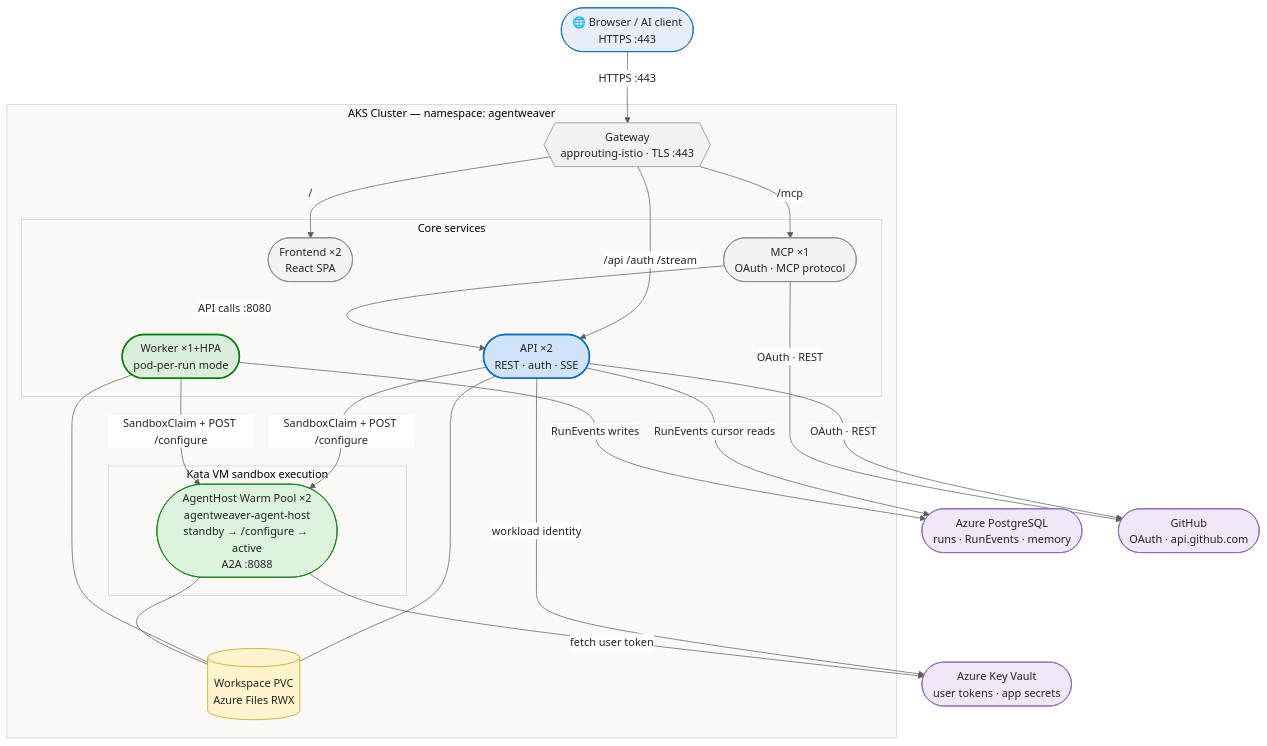
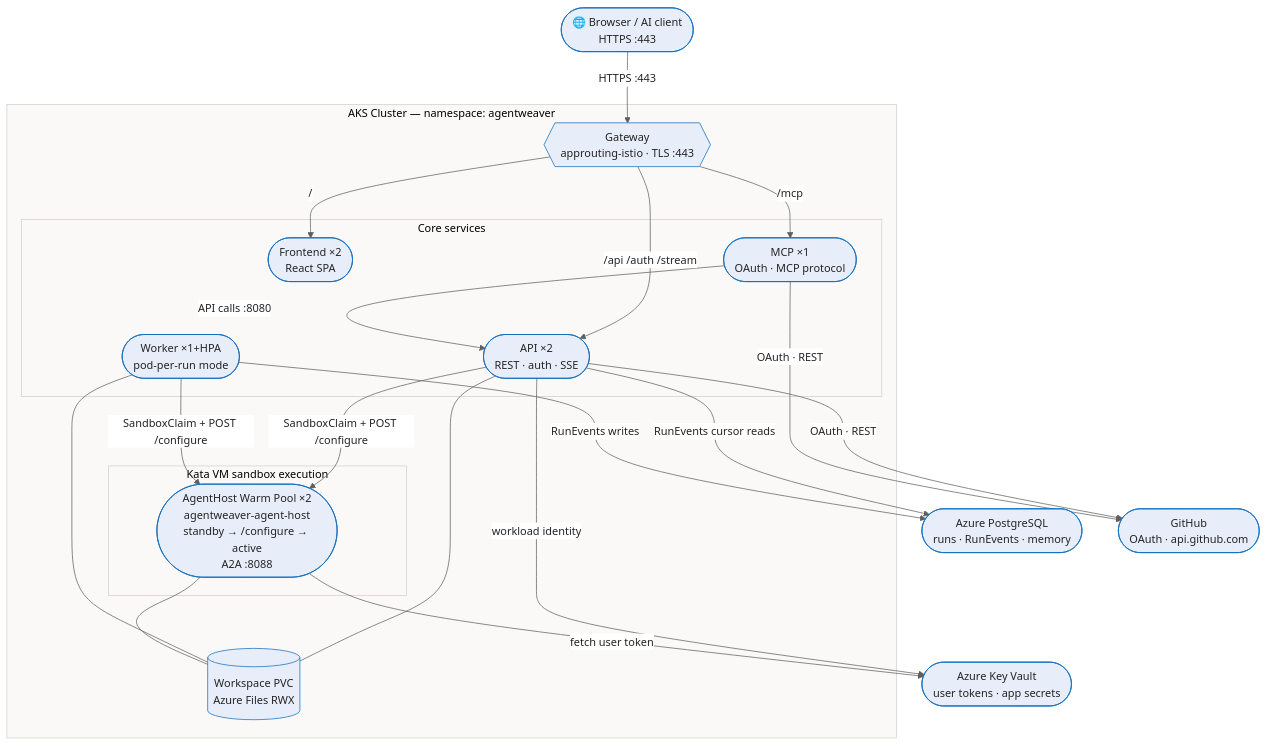
Before and after one commit to sabbour/agentweaver: the diagram in README.md, drawn with Mermaid. The commit also changed other lines of this file and 3 other files, not shown here.

First line of the commit message:
docs: fix nav sidebar, remove AX TODO stub, fix README diagrams

````diff
--- a/README.md
+++ b/README.md
@@ -173,54 +123,41 @@
 ```mermaid
 %%{init: {'theme':'base','themeVariables':{'fontFamily':'Segoe UI, system-ui, -apple-system, sans-serif','fontSize':'15px','primaryColor':'#E8EEF9','primaryBorderColor':'#0F6CBD','primaryTextColor':'#242424','lineColor':'#605E5C','clusterBkg':'#FAF9F8','clusterBorder':'#D2D0CE','edgeLabelBackground':'#FFFFFF'}}}%%
 flowchart TB
     client(["🌐 Browser / AI client<br/>HTTPS :443"])
 
     subgraph aks["AKS Cluster — namespace: agentweaver"]
         gw{{"Gateway<br/>approuting-istio · TLS :443"}}
 
         subgraph core["Core services"]
             fe(["Frontend ×2<br/>React SPA"])
             api(["API ×2<br/>REST · auth · SSE"])
             worker(["Worker ×1+HPA<br/>pod-per-run mode"])
             mcp(["MCP ×1<br/>OAuth · MCP protocol"])
         end
 
         subgraph exec["Kata VM sandbox execution"]
             ahpool(["AgentHost Warm Pool ×2<br/>agentweaver-agent-host<br/>standby → /configure → active<br/>A2A :8088"])
         end
 
         ws[("Workspace PVC<br/>Azure Files RWX")]
     end
 
     kv(["Azure Key Vault<br/>user tokens · app secrets"])
     pg(["Azure PostgreSQL<br/>runs · RunEvents · memory"])
     gh(["GitHub<br/>OAuth · api.github.com"])
 
     client -->|"HTTPS :443"| gw
     gw -->|"/"| fe
     gw -->|"/api /auth /stream"| api
     gw -->|"/mcp"| mcp
     mcp -->|"API calls :8080"| api
     api & worker -->|"SandboxClaim + POST /configure"| ahpool
     api & worker --- ws
     ahpool --- ws
     api -->|"RunEvents cursor reads"| pg
     worker -->|"RunEvents writes"| pg
     api -->|"workload identity"| kv
     ahpool -->|"fetch user token"| kv
     api & mcp -->|"OAuth · REST"| gh
 
-    classDef svc fill:#F3F2F1,stroke:#8A8886,color:#242424
-    classDef core fill:#CFE4FA,stroke:#0F6CBD,stroke-width:2px,color:#242424
-    classDef worker fill:#D9EFD9,stroke:#107C10,stroke-width:2px,color:#242424
-    classDef runtime fill:#DDF3DD,stroke:#107C10,color:#242424
-    classDef data fill:#FFF4CE,stroke:#C19C00,color:#242424
-    classDef ext fill:#F0E8F8,stroke:#8764B8,color:#242424
-
-    class gw,fe,mcp svc
-    class api core
-    class worker worker
-    class ahpool runtime
-    class ws data
-    class kv,pg,gh ext
 ```
````
